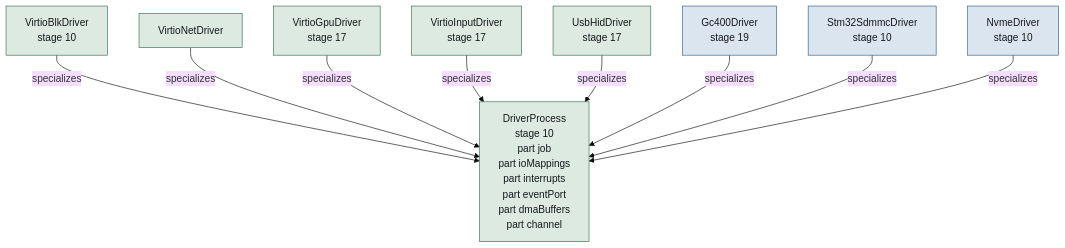
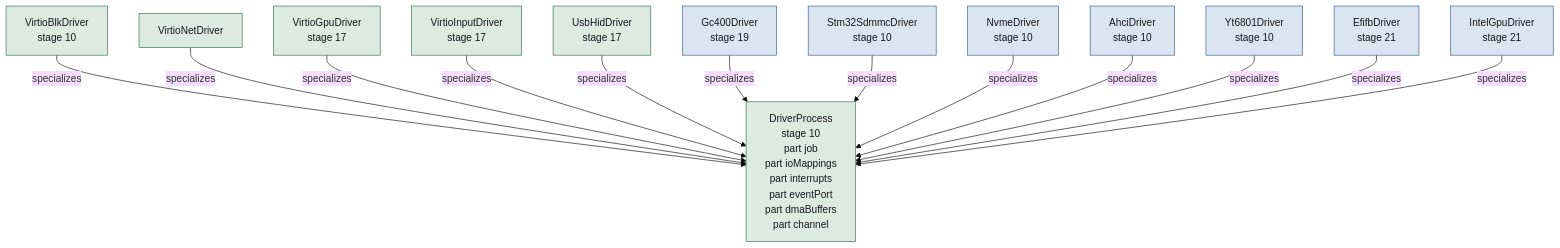
Before and after one commit to ferrix-os/ferrix: diagram 13 of 20 in docs/generated/ARCHITECTURE.md, drawn with Mermaid (base theme). The commit also changed other lines of this file and 28 other files, not shown here.

````diff
--- a/docs/generated/ARCHITECTURE.md
+++ b/docs/generated/ARCHITECTURE.md
@@ -2263,24 +2261,32 @@
 ```mermaid
 flowchart TB
   n0_FerrixDrivers_DriverProcess["DriverProcess<br>stage 10<br>part job<br>part ioMappings<br>part interrupts<br>part eventPort<br>part dmaBuffers<br>part channel"]
   n1_FerrixDrivers_VirtioBlkDriver["VirtioBlkDriver<br>stage 10"]
   n2_FerrixDrivers_VirtioNetDriver["VirtioNetDriver"]
   n3_FerrixDrivers_VirtioGpuDriver["VirtioGpuDriver<br>stage 17"]
   n4_FerrixDrivers_VirtioInputDriver["VirtioInputDriver<br>stage 17"]
   n5_FerrixDrivers_UsbHidDriver["UsbHidDriver<br>stage 17"]
   n6_FerrixDrivers_Gc400Driver["Gc400Driver<br>stage 19"]
   n7_FerrixDrivers_Stm32SdmmcDriver["Stm32SdmmcDriver<br>stage 10"]
   n8_FerrixDrivers_NvmeDriver["NvmeDriver<br>stage 10"]
+  n9_FerrixDrivers_AhciDriver["AhciDriver<br>stage 10"]
+  n10_FerrixDrivers_Yt6801Driver["Yt6801Driver<br>stage 10"]
+  n11_FerrixDrivers_EfifbDriver["EfifbDriver<br>stage 21"]
+  n12_FerrixDrivers_IntelGpuDriver["IntelGpuDriver<br>stage 21"]
   n1_FerrixDrivers_VirtioBlkDriver -- "specializes" --> n0_FerrixDrivers_DriverProcess
   n2_FerrixDrivers_VirtioNetDriver -- "specializes" --> n0_FerrixDrivers_DriverProcess
   n3_FerrixDrivers_VirtioGpuDriver -- "specializes" --> n0_FerrixDrivers_DriverProcess
   n4_FerrixDrivers_VirtioInputDriver -- "specializes" --> n0_FerrixDrivers_DriverProcess
   n5_FerrixDrivers_UsbHidDriver -- "specializes" --> n0_FerrixDrivers_DriverProcess
   n6_FerrixDrivers_Gc400Driver -- "specializes" --> n0_FerrixDrivers_DriverProcess
   n7_FerrixDrivers_Stm32SdmmcDriver -- "specializes" --> n0_FerrixDrivers_DriverProcess
   n8_FerrixDrivers_NvmeDriver -- "specializes" --> n0_FerrixDrivers_DriverProcess
+  n9_FerrixDrivers_AhciDriver -- "specializes" --> n0_FerrixDrivers_DriverProcess
+  n10_FerrixDrivers_Yt6801Driver -- "specializes" --> n0_FerrixDrivers_DriverProcess
+  n11_FerrixDrivers_EfifbDriver -- "specializes" --> n0_FerrixDrivers_DriverProcess
+  n12_FerrixDrivers_IntelGpuDriver -- "specializes" --> n0_FerrixDrivers_DriverProcess
   classDef implemented fill:#dceae2,stroke:#2c6e4e,color:#16191d
   classDef inProgress fill:#dae5f0,stroke:#2a5f8f,color:#16191d
   class n0_FerrixDrivers_DriverProcess,n1_FerrixDrivers_VirtioBlkDriver,n2_FerrixDrivers_VirtioNetDriver,n3_FerrixDrivers_VirtioGpuDriver,n4_FerrixDrivers_VirtioInputDriver,n5_FerrixDrivers_UsbHidDriver implemented
-  class n6_FerrixDrivers_Gc400Driver,n7_FerrixDrivers_Stm32SdmmcDriver,n8_FerrixDrivers_NvmeDriver inProgress
+  class n6_FerrixDrivers_Gc400Driver,n7_FerrixDrivers_Stm32SdmmcDriver,n8_FerrixDrivers_NvmeDriver,n9_FerrixDrivers_AhciDriver,n10_FerrixDrivers_Yt6801Driver,n11_FerrixDrivers_EfifbDriver,n12_FerrixDrivers_IntelGpuDriver inProgress
 ```
````
